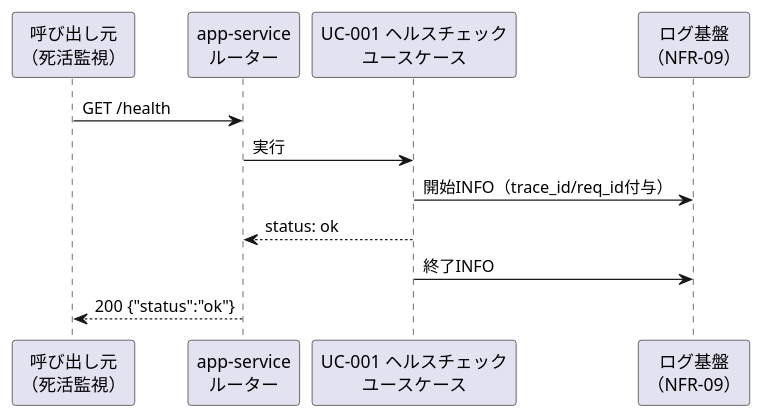
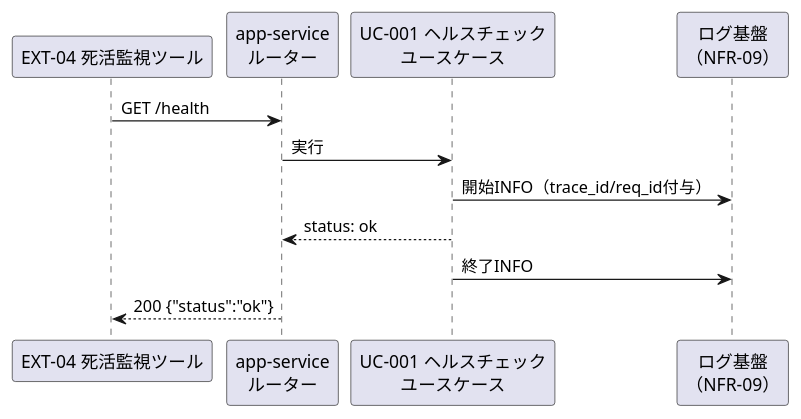
Before and after one commit to suunet/POC_HYDRA_AUTH: the diagram in .docs/design/uc/UC-001.md, drawn with PlantUML. The commit also changed other lines of this file and 4 other files, not shown here.

````diff
--- a/.docs/design/uc/UC-001.md
+++ b/.docs/design/uc/UC-001.md
@@ -76,17 +76,17 @@
 ```plantuml
 @startuml
 skinparam backgroundColor White
 
-participant "呼び出し元\n（死活監視）" as Caller
+participant "EXT-04 死活監視ツール" as Caller
 participant "app-service\nルーター" as Router
 participant "UC-001 ヘルスチェック\nユースケース" as UC
 participant "ログ基盤\n（NFR-09）" as Log
 
 Caller -> Router : GET /health
 Router -> UC : 実行
 UC -> Log : 開始INFO（trace_id/req_id付与）
 UC --> Router : status: ok
 UC -> Log : 終了INFO
 Router --> Caller : 200 {"status":"ok"}
 @enduml
 ```
````
